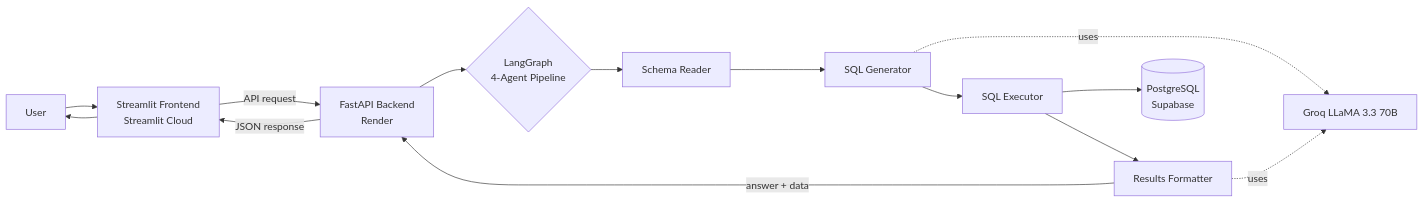
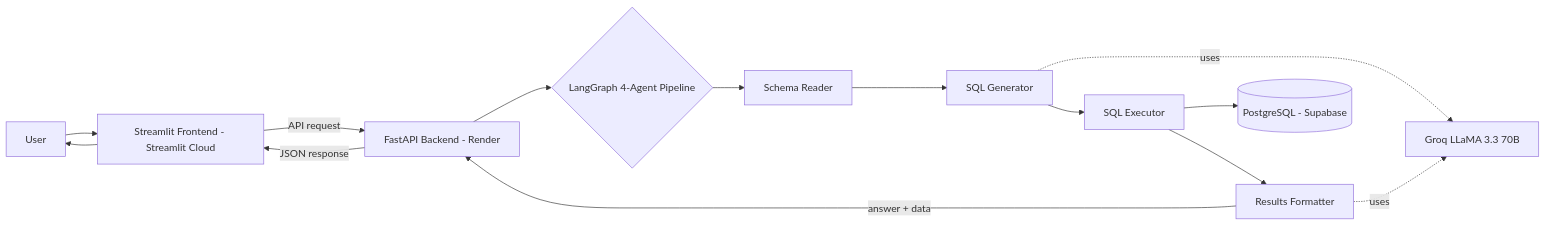
The diagram in README.md (Murtaza-data/datamind-ai), drawn with Mermaid before and after one commit. The commit also changed other lines of this file, not shown here.

````diff
--- a/README.md
+++ b/README.md
@@ -15,16 +16,16 @@
 ```mermaid
 flowchart LR
-    U[User] --> F[Streamlit Frontend<br/>Streamlit Cloud]
-    F -->|API request| B[FastAPI Backend<br/>Render]
-    B --> P{LangGraph<br/>4-Agent Pipeline}
+    U[User] --> F[Streamlit Frontend - Streamlit Cloud]
+    F -->|API request| B[FastAPI Backend - Render]
+    B --> P{LangGraph 4-Agent Pipeline}
     P --> A1[Schema Reader]
     A1 --> A2[SQL Generator]
     A2 --> A3[SQL Executor]
     A3 --> A4[Results Formatter]
     A2 -.uses.-> LLM[Groq LLaMA 3.3 70B]
     A4 -.uses.-> LLM
-    A3 --> DB[(PostgreSQL<br/>Supabase)]
+    A3 --> DB[(PostgreSQL - Supabase)]
     A4 -->|answer + data| B
     B -->|JSON response| F
     F --> U
 ```
````
